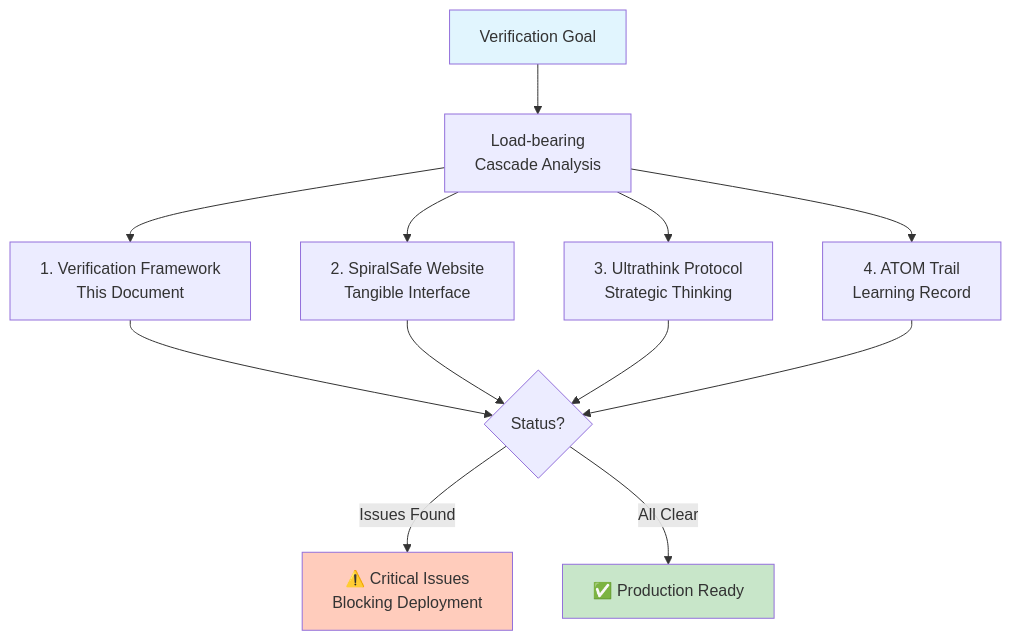
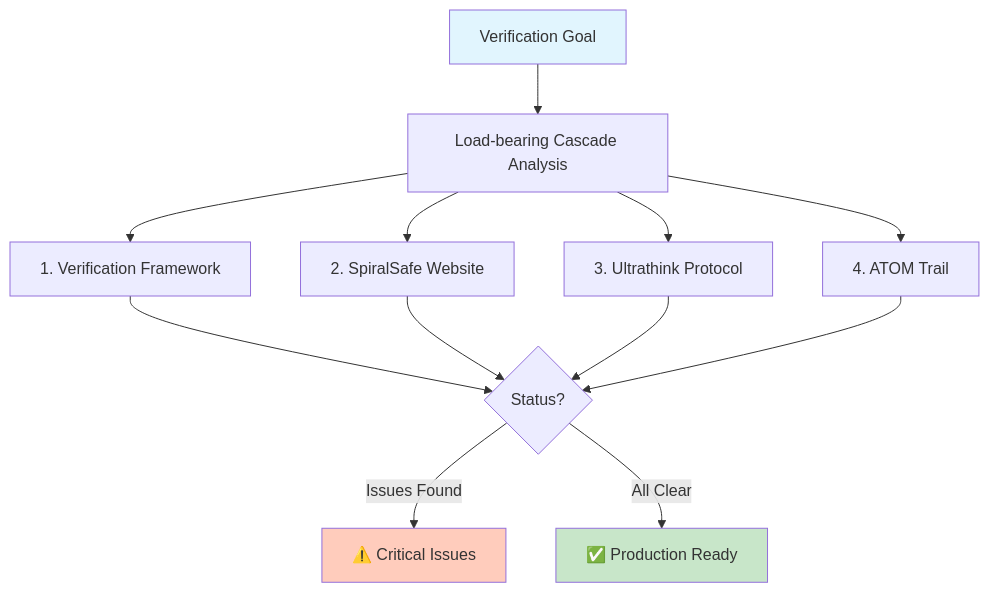
Before and after one commit to toolate28/SpiralSafe: the diagram in SYSTEM_VERIFICATION_REPORT.md, drawn with Mermaid.

Commit message:
Simplify Mermaid diagram labels to single lines for maximum compatibility

````diff
--- a/SYSTEM_VERIFICATION_REPORT.md
+++ b/SYSTEM_VERIFICATION_REPORT.md
@@ -38,21 +38,21 @@
 ```mermaid
 graph TD
-    Start[Verification Goal] --> Approach[Load-bearing<br/>Cascade Analysis]
+    Start[Verification Goal] --> Approach[Load-bearing Cascade Analysis]
     
-    Approach --> VF[1. Verification Framework<br/>This Document]
-    Approach --> Web[2. SpiralSafe Website<br/>Tangible Interface]
-    Approach --> Ultra[3. Ultrathink Protocol<br/>Strategic Thinking]
-    Approach --> Trail[4. ATOM Trail<br/>Learning Record]
+    Approach --> VF[1. Verification Framework]
+    Approach --> Web[2. SpiralSafe Website]
+    Approach --> Ultra[3. Ultrathink Protocol]
+    Approach --> Trail[4. ATOM Trail]
     
     VF --> Status{Status?}
     Web --> Status
     Ultra --> Status
     Trail --> Status
     
-    Status -->|Issues Found| Critical[⚠️ Critical Issues<br/>Blocking Deployment]
+    Status -->|Issues Found| Critical[⚠️ Critical Issues]
     Status -->|All Clear| Ready[✅ Production Ready]
     
     style Start fill:#e1f5fe
     style Critical fill:#ffccbc
     style Ready fill:#c8e6c9
 ```
````
